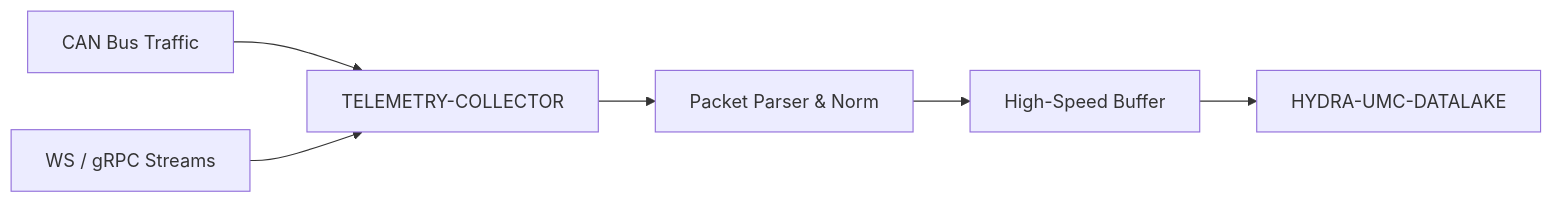
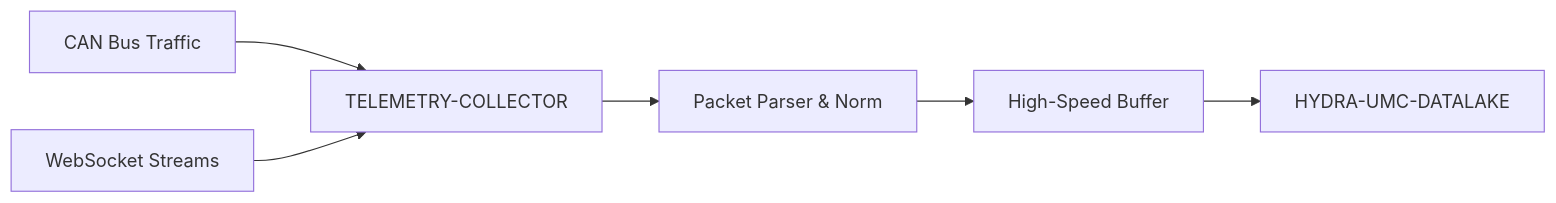
Before and after one commit to JuanenRac/HYDRA-UMC-TELEMETRY-COLLECTOR: the diagram in README.md, drawn with Mermaid. The commit also changed other lines of this file and 6 other files, not shown here.

Commit message:
Fix public documentation: drop non-existent Rust and gRPC-ingestion claims (badges, overview, key features, mermaid) across 7 languages; keep gRPC only where accurate (planned marker + Related Projects)

````diff
--- a/README.md
+++ b/README.md
@@ -38,8 +38,8 @@
 ```mermaid
 flowchart LR
     CAN["CAN Bus Traffic"] --> COLL["TELEMETRY-COLLECTOR"]
-    WS["WS / gRPC Streams"] --> COLL
+    WS["WebSocket Streams"] --> COLL
     COLL --> PARSE["Packet Parser & Norm"]
     PARSE --> BUF["High-Speed Buffer"]
     BUF --> LAKE["HYDRA-UMC-DATALAKE"]
 ```
````
